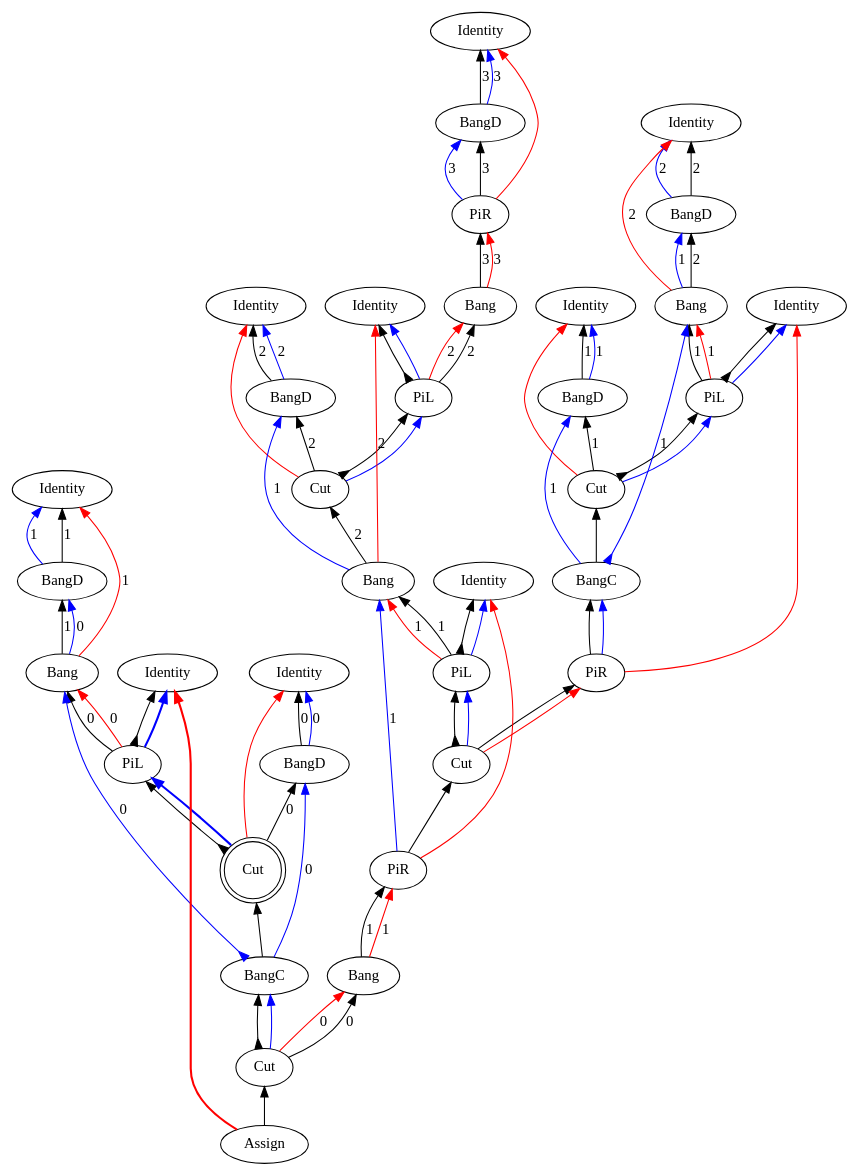
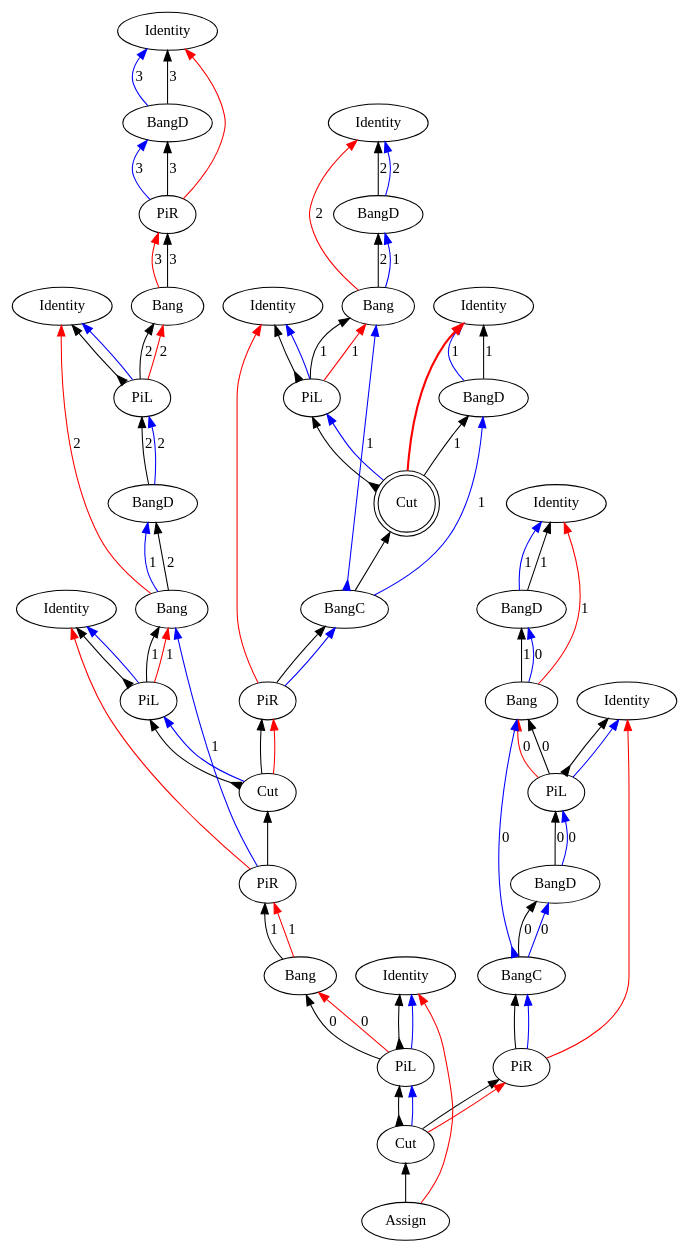
Before and after one commit to Mathnerd314/stroscot: the diagram in src/core/graphs/example_m_2.dot, drawn with Graphviz. The commit also changed 88 other files, not shown here.

```diff
--- a/src/core/graphs/example_m_2.dot
+++ b/src/core/graphs/example_m_2.dot
@@ -6,112 +6,110 @@
 "Bang3" [label="Bang"]
 "Identity4" [label="Identity"]
 "PiL5" [label="PiL"]
-"Identity6" [label="Identity"]
-"BangD7" [label="BangD"]
-"Cut8" [label="Cut"]
-"Bang9" [label="Bang"]
+"BangD6" [label="BangD"]
+"Bang7" [label="Bang"]
+"Identity8" [label="Identity"]
+"PiL9" [label="PiL"]
 "Identity10" [label="Identity"]
-"PiL11" [label="PiL"]
-"Identity12" [label="Identity"]
-"BangD13" [label="BangD"]
-"Bang14" [label="Bang"]
+"BangD11" [label="BangD"]
+"Bang12" [label="Bang"]
+"Identity13" [label="Identity"]
+"PiL14" [label="PiL"]
 "Identity15" [label="Identity"]
-"PiL16" [label="PiL"]
-"Identity17" [label="Identity"]
-"BangD18" [label="BangD"]
-"Cut19" [label="Cut"]
-"BangC20" [label="BangC"]
+"BangD16" [label="BangD"]
+"Cut17" [label="Cut",shape=doublecircle]
+"BangC18" [label="BangC"]
+"PiR19" [label="PiR"]
+"Cut20" [label="Cut"]
 "PiR21" [label="PiR"]
-"Cut22" [label="Cut"]
-"PiR23" [label="PiR"]
-"Bang24" [label="Bang"]
+"Bang22" [label="Bang"]
+"Identity23" [label="Identity"]
+"PiL24" [label="PiL"]
 "Identity25" [label="Identity"]
 "BangD26" [label="BangD"]
 "Bang27" [label="Bang"]
 "Identity28" [label="Identity"]
 "PiL29" [label="PiL"]
-"Identity30" [label="Identity"]
-"BangD31" [label="BangD"]
-"Cut32" [label="Cut",shape=doublecircle]
-"BangC33" [label="BangC"]
+"BangD30" [label="BangD"]
+"BangC31" [label="BangC"]
+"PiR32" [label="PiR"]
+"Cut33" [label="Cut"]
 "Assign34" [label="Assign"]
-"Cut35" [label="Cut"]
 "Bang27" -> "BangD26"[color=black,weight=5,tooltip="c_bseq24",label="1",arrowhead=normal,arrowtail=none,dir=both]
-"Bang24" -> "PiR23"[color=black,weight=5,tooltip="c_bseq32",label="1",arrowhead=normal,arrowtail=none,dir=both]
-"Bang14" -> "BangD13"[color=black,weight=5,tooltip="c_bseq58",label="2",arrowhead=normal,arrowtail=none,dir=both]
-"Bang9" -> "Cut8"[color=black,weight=5,tooltip="c_bseq67",label="2",arrowhead=normal,arrowtail=none,dir=both]
+"Bang22" -> "PiR21"[color=black,weight=5,tooltip="c_bseq32",label="1",arrowhead=normal,arrowtail=none,dir=both]
+"Bang12" -> "BangD11"[color=black,weight=5,tooltip="c_bseq58",label="2",arrowhead=normal,arrowtail=none,dir=both]
+"Bang7" -> "BangD6"[color=black,weight=5,tooltip="c_bseq67",label="2",arrowhead=normal,arrowtail=none,dir=both]
 "Bang3" -> "PiR2"[color=black,weight=5,tooltip="c_bseq79",label="3",arrowhead=normal,arrowtail=none,dir=both]
-"Cut32" -> "PiL29"[color=black,weight=5,tooltip="c_lseq12",arrowhead=normal,arrowtail=inv,dir=both]
-"Cut22" -> "PiL11"[color=black,weight=5,tooltip="c_lseq36",arrowhead=normal,arrowtail=inv,dir=both]
-"Cut19" -> "PiL16"[color=black,weight=5,tooltip="c_lseq46",arrowhead=normal,arrowtail=inv,dir=both]
-"Cut8" -> "PiL5"[color=black,weight=5,tooltip="c_lseq68",arrowhead=normal,arrowtail=inv,dir=both]
-"Cut32" -> "BangD31"[color=black,weight=5,tooltip="c_rseq13",label="0",arrowhead=normal,arrowtail=none,dir=both]
-"Cut22" -> "PiR21"[color=black,weight=5,tooltip="c_rseq37",arrowhead=normal,arrowtail=none,dir=both]
-"Cut19" -> "BangD18"[color=black,weight=5,tooltip="c_rseq47",label="1",arrowhead=normal,arrowtail=none,dir=both]
-"Cut8" -> "BangD7"[color=black,weight=5,tooltip="c_rseq69",label="2",arrowhead=normal,arrowtail=none,dir=both]
+"Cut33" -> "PiL24"[color=black,weight=5,tooltip="c_lseq2",arrowhead=normal,arrowtail=inv,dir=both]
+"Cut20" -> "PiL9"[color=black,weight=5,tooltip="c_lseq36",arrowhead=normal,arrowtail=inv,dir=both]
+"Cut17" -> "PiL14"[color=black,weight=5,tooltip="c_lseq46",arrowhead=normal,arrowtail=inv,dir=both]
+"Cut33" -> "PiR32"[color=black,weight=5,tooltip="c_rseq3",arrowhead=normal,arrowtail=none,dir=both]
+"Cut20" -> "PiR19"[color=black,weight=5,tooltip="c_rseq37",arrowhead=normal,arrowtail=none,dir=both]
+"Cut17" -> "BangD16"[color=black,weight=5,tooltip="c_rseq47",label="1",arrowhead=normal,arrowtail=none,dir=both]
 "PiL29" -> "Bang27"[color=black,weight=5,tooltip="dseq20",label="0",arrowhead=normal,arrowtail=none,dir=both]
-"Cut35" -> "Bang24"[color=black,weight=5,tooltip="dseq29",label="0",arrowhead=normal,arrowtail=none,dir=both]
-"PiL16" -> "Bang14"[color=black,weight=5,tooltip="dseq54",label="1",arrowhead=normal,arrowtail=none,dir=both]
-"PiL11" -> "Bang9"[color=black,weight=5,tooltip="dseq63",label="1",arrowhead=normal,arrowtail=none,dir=both]
+"PiL24" -> "Bang22"[color=black,weight=5,tooltip="dseq29",label="0",arrowhead=normal,arrowtail=none,dir=both]
+"PiL14" -> "Bang12"[color=black,weight=5,tooltip="dseq54",label="1",arrowhead=normal,arrowtail=none,dir=both]
+"PiL9" -> "Bang7"[color=black,weight=5,tooltip="dseq63",label="1",arrowhead=normal,arrowtail=none,dir=both]
 "PiL5" -> "Bang3"[color=black,weight=5,tooltip="dseq76",label="2",arrowhead=normal,arrowtail=none,dir=both]
-"PiR23" -> "Bang9"[color=blue,weight=2,tooltip="h34",label="1",arrowhead=normal,arrowtail=none,dir=both]
-"Bang9" -> "BangD7"[color=blue,weight=2,tooltip="hf65",label="1",arrowhead=normal,arrowtail=none,dir=both]
-"BangD7" -> "Identity6"[color=blue,weight=2,tooltip="hret73",label="2",arrowhead=normal,arrowtail=none,dir=both]
-"BangD7" -> "Identity6"[color=black,weight=5,tooltip="hseq72",label="2",arrowhead=normal,arrowtail=none,dir=both]
+"PiR21" -> "Bang7"[color=blue,weight=2,tooltip="h34",label="1",arrowhead=normal,arrowtail=none,dir=both]
+"Bang7" -> "BangD6"[color=blue,weight=2,tooltip="hf65",label="1",arrowhead=normal,arrowtail=none,dir=both]
+"BangD6" -> "PiL5"[color=black,weight=5,tooltip="hseq72",label="2",arrowhead=normal,arrowtail=none,dir=both]
 "PiR2" -> "BangD1"[color=blue,weight=2,tooltip="i81",label="3",arrowhead=normal,arrowtail=none,dir=both]
 "PiL29" -> "Identity28"[color=black,weight=5,tooltip="idseq21",arrowhead=normal,arrowtail=inv,dir=both]
-"PiL16" -> "Identity15"[color=black,weight=5,tooltip="idseq55",arrowhead=normal,arrowtail=inv,dir=both]
-"PiL11" -> "Identity10"[color=black,weight=5,tooltip="idseq64",arrowhead=normal,arrowtail=inv,dir=both]
+"PiL24" -> "Identity23"[color=black,weight=5,tooltip="idseq30",arrowhead=normal,arrowtail=inv,dir=both]
+"PiL14" -> "Identity13"[color=black,weight=5,tooltip="idseq55",arrowhead=normal,arrowtail=inv,dir=both]
+"PiL9" -> "Identity8"[color=black,weight=5,tooltip="idseq64",arrowhead=normal,arrowtail=inv,dir=both]
 "PiL5" -> "Identity4"[color=black,weight=5,tooltip="idseq77",arrowhead=normal,arrowtail=inv,dir=both]
 "BangD1" -> "Identity0"[color=blue,weight=2,tooltip="iret84",label="3",arrowhead=normal,arrowtail=none,dir=both]
 "BangD1" -> "Identity0"[color=black,weight=5,tooltip="iseq83",label="3",arrowhead=normal,arrowtail=none,dir=both]
-"PiL29" -> "Identity28"[color=blue,weight=2,tooltip="lret19",arrowhead=normal,arrowtail=none,penwidth=2,dir=both]
-"PiL16" -> "Identity15"[color=blue,weight=2,tooltip="lret53",arrowhead=normal,arrowtail=none,dir=both]
-"PiL11" -> "Identity10"[color=blue,weight=2,tooltip="lret62",arrowhead=normal,arrowtail=none,dir=both]
+"PiL29" -> "Identity28"[color=blue,weight=2,tooltip="lret19",arrowhead=normal,arrowtail=none,dir=both]
+"PiL24" -> "Identity23"[color=blue,weight=2,tooltip="lret28",arrowhead=normal,arrowtail=none,dir=both]
+"PiL14" -> "Identity13"[color=blue,weight=2,tooltip="lret53",arrowhead=normal,arrowtail=none,dir=both]
+"PiL9" -> "Identity8"[color=blue,weight=2,tooltip="lret62",arrowhead=normal,arrowtail=none,dir=both]
 "PiL5" -> "Identity4"[color=blue,weight=2,tooltip="lret75",arrowhead=normal,arrowtail=none,dir=both]
-"Cut32" -> "PiL29"[color=blue,weight=2,tooltip="lval14",arrowhead=normal,arrowtail=none,penwidth=2,dir=both]
-"Cut22" -> "PiL11"[color=blue,weight=2,tooltip="lval38",arrowhead=normal,arrowtail=none,dir=both]
-"Cut19" -> "PiL16"[color=blue,weight=2,tooltip="lval48",arrowhead=normal,arrowtail=none,dir=both]
-"Cut8" -> "PiL5"[color=blue,weight=2,tooltip="lval70",arrowhead=normal,arrowtail=none,dir=both]
+"BangD30" -> "PiL29"[color=blue,weight=2,tooltip="lval14",label="0",arrowhead=normal,arrowtail=none,dir=both]
+"Cut20" -> "PiL9"[color=blue,weight=2,tooltip="lval38",arrowhead=normal,arrowtail=none,dir=both]
+"Cut33" -> "PiL24"[color=blue,weight=2,tooltip="lval4",arrowhead=normal,arrowtail=none,dir=both]
+"Cut17" -> "PiL14"[color=blue,weight=2,tooltip="lval48",arrowhead=normal,arrowtail=none,dir=both]
+"BangD6" -> "PiL5"[color=blue,weight=2,tooltip="lval70",label="2",arrowhead=normal,arrowtail=none,dir=both]
 "PiL29" -> "Bang27"[color=red,weight=2,tooltip="newrret18",label="0",arrowhead=normal,arrowtail=none,dir=both]
-"Cut35" -> "Bang24"[color=red,weight=2,tooltip="newrret27",label="0",arrowhead=normal,arrowtail=none,dir=both]
-"PiL16" -> "Bang14"[color=red,weight=2,tooltip="newrret52",label="1",arrowhead=normal,arrowtail=none,dir=both]
-"PiL11" -> "Bang9"[color=red,weight=2,tooltip="newrret61",label="1",arrowhead=normal,arrowtail=none,dir=both]
+"PiL24" -> "Bang22"[color=red,weight=2,tooltip="newrret27",label="0",arrowhead=normal,arrowtail=none,dir=both]
+"PiL14" -> "Bang12"[color=red,weight=2,tooltip="newrret52",label="1",arrowhead=normal,arrowtail=none,dir=both]
+"PiL9" -> "Bang7"[color=red,weight=2,tooltip="newrret61",label="1",arrowhead=normal,arrowtail=none,dir=both]
 "PiL5" -> "Bang3"[color=red,weight=2,tooltip="newrret74",label="2",arrowhead=normal,arrowtail=none,dir=both]
 "Bang27" -> "Identity25"[color=red,weight=2,tooltip="newrretf23",label="1",arrowhead=normal,arrowtail=none,dir=both]
-"Bang24" -> "PiR23"[color=red,weight=2,tooltip="newrretf31",label="1",arrowhead=normal,arrowtail=none,dir=both]
-"Bang14" -> "Identity12"[color=red,weight=2,tooltip="newrretf57",label="2",arrowhead=normal,arrowtail=none,dir=both]
-"Bang9" -> "Identity4"[color=red,weight=2,tooltip="newrretf66",label="2",arrowhead=normal,arrowtail=none,dir=both]
+"Bang22" -> "PiR21"[color=red,weight=2,tooltip="newrretf31",label="1",arrowhead=normal,arrowtail=none,dir=both]
+"Bang12" -> "Identity10"[color=red,weight=2,tooltip="newrretf57",label="2",arrowhead=normal,arrowtail=none,dir=both]
+"Bang7" -> "Identity4"[color=red,weight=2,tooltip="newrretf66",label="2",arrowhead=normal,arrowtail=none,dir=both]
 "Bang3" -> "PiR2"[color=red,weight=2,tooltip="newrretf78",label="3",arrowhead=normal,arrowtail=none,dir=both]
-"PiR23" -> "Identity10"[color=red,weight=2,tooltip="ret35",arrowhead=normal,arrowtail=none,dir=both]
-"PiR21" -> "Identity15"[color=red,weight=2,tooltip="ret42",arrowhead=normal,arrowtail=none,dir=both]
-"Assign34" -> "Identity28"[color=red,weight=2,tooltip="ret8",arrowhead=normal,arrowtail=none,penwidth=2,dir=both]
+"Assign34" -> "Identity23"[color=red,weight=2,tooltip="ret1",arrowhead=normal,arrowtail=none,dir=both]
+"PiR21" -> "Identity8"[color=red,weight=2,tooltip="ret35",arrowhead=normal,arrowtail=none,dir=both]
+"PiR19" -> "Identity13"[color=red,weight=2,tooltip="ret42",arrowhead=normal,arrowtail=none,dir=both]
+"PiR32" -> "Identity28"[color=red,weight=2,tooltip="ret8",arrowhead=normal,arrowtail=none,dir=both]
 "PiR2" -> "Identity0"[color=red,weight=2,tooltip="ret82",arrowhead=normal,arrowtail=none,dir=both]
-"Assign34" -> "Cut35"[color=black,weight=5,tooltip="retseq0",arrowhead=normal,arrowtail=none,dir=both]
-"Cut32" -> "Identity30"[color=red,weight=2,tooltip="rval15",arrowhead=normal,arrowtail=none,dir=both]
-"Cut22" -> "PiR21"[color=red,weight=2,tooltip="rval39",arrowhead=normal,arrowtail=none,dir=both]
-"Cut19" -> "Identity17"[color=red,weight=2,tooltip="rval49",arrowhead=normal,arrowtail=none,dir=both]
-"Cut8" -> "Identity6"[color=red,weight=2,tooltip="rval71",arrowhead=normal,arrowtail=none,dir=both]
-"BangC33" -> "Cut32"[color=black,weight=5,tooltip="seq11",arrowhead=normal,arrowtail=none,dir=both]
-"PiR23" -> "Cut22"[color=black,weight=5,tooltip="seq33",arrowhead=normal,arrowtail=none,dir=both]
-"PiR21" -> "BangC20"[color=black,weight=5,tooltip="seq40",arrowhead=normal,arrowtail=none,dir=both]
-"BangC20" -> "Cut19"[color=black,weight=5,tooltip="seq45",arrowhead=normal,arrowtail=none,dir=both]
-"Cut35" -> "BangC33"[color=black,weight=5,tooltip="seq6",arrowhead=normal,arrowtail=inv,dir=both]
+"Assign34" -> "Cut33"[color=black,weight=5,tooltip="retseq0",arrowhead=normal,arrowtail=none,dir=both]
+"Cut20" -> "PiR19"[color=red,weight=2,tooltip="rval39",arrowhead=normal,arrowtail=none,dir=both]
+"Cut17" -> "Identity15"[color=red,weight=2,tooltip="rval49",arrowhead=normal,arrowtail=none,penwidth=2,dir=both]
+"Cut33" -> "PiR32"[color=red,weight=2,tooltip="rval5",arrowhead=normal,arrowtail=none,dir=both]
+"BangC31" -> "BangD30"[color=black,weight=5,tooltip="seq11",label="0",arrowhead=normal,arrowtail=none,dir=both]
+"PiR21" -> "Cut20"[color=black,weight=5,tooltip="seq33",arrowhead=normal,arrowtail=none,dir=both]
+"PiR19" -> "BangC18"[color=black,weight=5,tooltip="seq40",arrowhead=normal,arrowtail=none,dir=both]
+"BangC18" -> "Cut17"[color=black,weight=5,tooltip="seq45",arrowhead=normal,arrowtail=none,dir=both]
+"PiR32" -> "BangC31"[color=black,weight=5,tooltip="seq6",arrowhead=normal,arrowtail=none,dir=both]
 "PiR2" -> "BangD1"[color=black,weight=5,tooltip="seq80",label="3",arrowhead=normal,arrowtail=none,dir=both]
-"Cut35" -> "BangC33"[color=blue,weight=2,tooltip="x7",arrowhead=normal,arrowtail=none,dir=both]
-"BangC33" -> "BangD31"[color=blue,weight=2,tooltip="xA9",label="0",arrowhead=normal,arrowtail=none,dir=both]
-"BangC33" -> "Bang27"[color=blue,weight=2,tooltip="xB10",label="0",arrowhead=normal,arrowtail=inv,dir=both]
+"PiR32" -> "BangC31"[color=blue,weight=2,tooltip="x7",arrowhead=normal,arrowtail=none,dir=both]
+"BangC31" -> "BangD30"[color=blue,weight=2,tooltip="xA9",label="0",arrowhead=normal,arrowtail=none,dir=both]
+"BangC31" -> "Bang27"[color=blue,weight=2,tooltip="xB10",label="0",arrowhead=normal,arrowtail=inv,dir=both]
 "Bang27" -> "BangD26"[color=blue,weight=2,tooltip="xBf22",label="0",arrowhead=normal,arrowtail=none,dir=both]
-"BangD31" -> "Identity30"[color=blue,weight=2,tooltip="xret17",label="0",arrowhead=normal,arrowtail=none,dir=both]
 "BangD26" -> "Identity25"[color=blue,weight=2,tooltip="xret26",label="1",arrowhead=normal,arrowtail=none,dir=both]
-"BangD31" -> "Identity30"[color=black,weight=5,tooltip="xseq16",label="0",arrowhead=normal,arrowtail=none,dir=both]
+"BangD30" -> "PiL29"[color=black,weight=5,tooltip="xseq16",label="0",arrowhead=normal,arrowtail=none,dir=both]
 "BangD26" -> "Identity25"[color=black,weight=5,tooltip="xseq25",label="1",arrowhead=normal,arrowtail=none,dir=both]
-"PiR21" -> "BangC20"[color=blue,weight=2,tooltip="y41",arrowhead=normal,arrowtail=none,dir=both]
-"BangC20" -> "BangD18"[color=blue,weight=2,tooltip="yA43",label="1",arrowhead=normal,arrowtail=none,dir=both]
-"BangC20" -> "Bang14"[color=blue,weight=2,tooltip="yB44",label="1",arrowhead=normal,arrowtail=inv,dir=both]
-"Bang14" -> "BangD13"[color=blue,weight=2,tooltip="yBf56",label="1",arrowhead=normal,arrowtail=none,dir=both]
-"BangD18" -> "Identity17"[color=blue,weight=2,tooltip="yret51",label="1",arrowhead=normal,arrowtail=none,dir=both]
-"BangD13" -> "Identity12"[color=blue,weight=2,tooltip="yret60",label="2",arrowhead=normal,arrowtail=none,dir=both]
-"BangD18" -> "Identity17"[color=black,weight=5,tooltip="yseq50",label="1",arrowhead=normal,arrowtail=none,dir=both]
-"BangD13" -> "Identity12"[color=black,weight=5,tooltip="yseq59",label="2",arrowhead=normal,arrowtail=none,dir=both]
+"PiR19" -> "BangC18"[color=blue,weight=2,tooltip="y41",arrowhead=normal,arrowtail=none,dir=both]
+"BangC18" -> "BangD16"[color=blue,weight=2,tooltip="yA43",label="1",arrowhead=normal,arrowtail=none,dir=both]
+"BangC18" -> "Bang12"[color=blue,weight=2,tooltip="yB44",label="1",arrowhead=normal,arrowtail=inv,dir=both]
+"Bang12" -> "BangD11"[color=blue,weight=2,tooltip="yBf56",label="1",arrowhead=normal,arrowtail=none,dir=both]
+"BangD16" -> "Identity15"[color=blue,weight=2,tooltip="yret51",label="1",arrowhead=normal,arrowtail=none,dir=both]
+"BangD11" -> "Identity10"[color=blue,weight=2,tooltip="yret60",label="2",arrowhead=normal,arrowtail=none,dir=both]
+"BangD16" -> "Identity15"[color=black,weight=5,tooltip="yseq50",label="1",arrowhead=normal,arrowtail=none,dir=both]
+"BangD11" -> "Identity10"[color=black,weight=5,tooltip="yseq59",label="2",arrowhead=normal,arrowtail=none,dir=both]
 }
```
